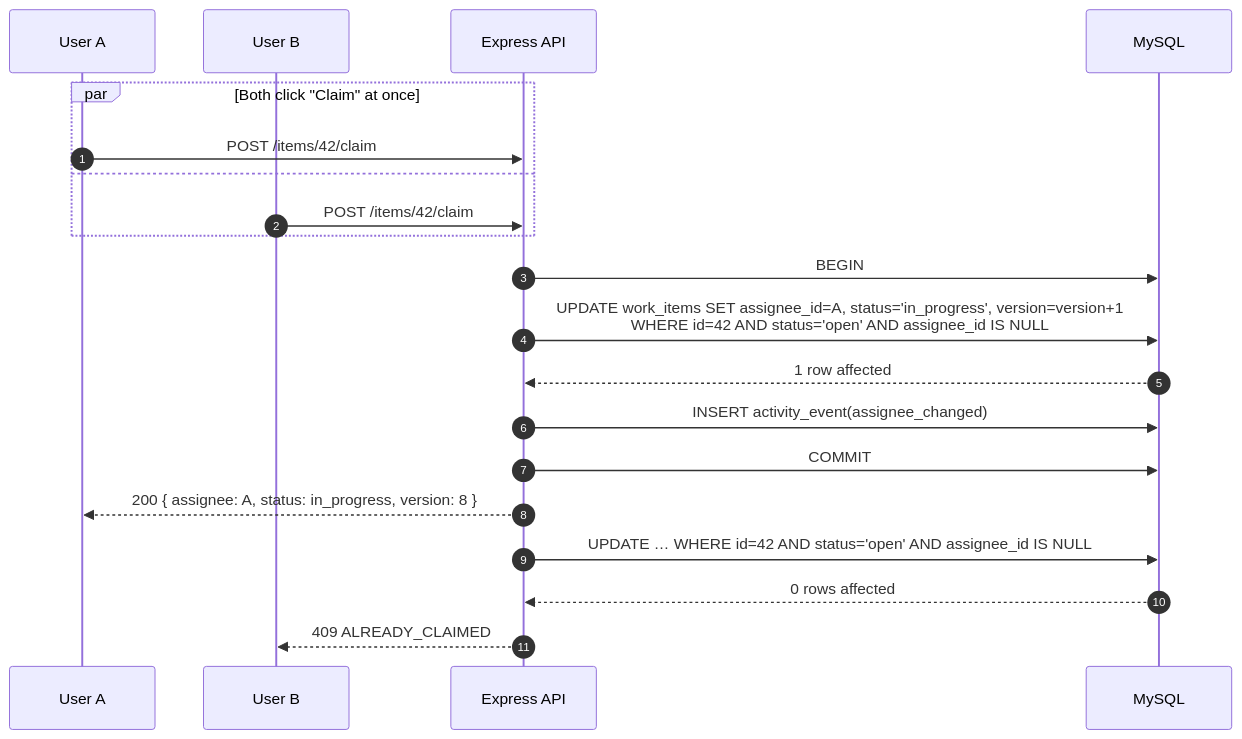
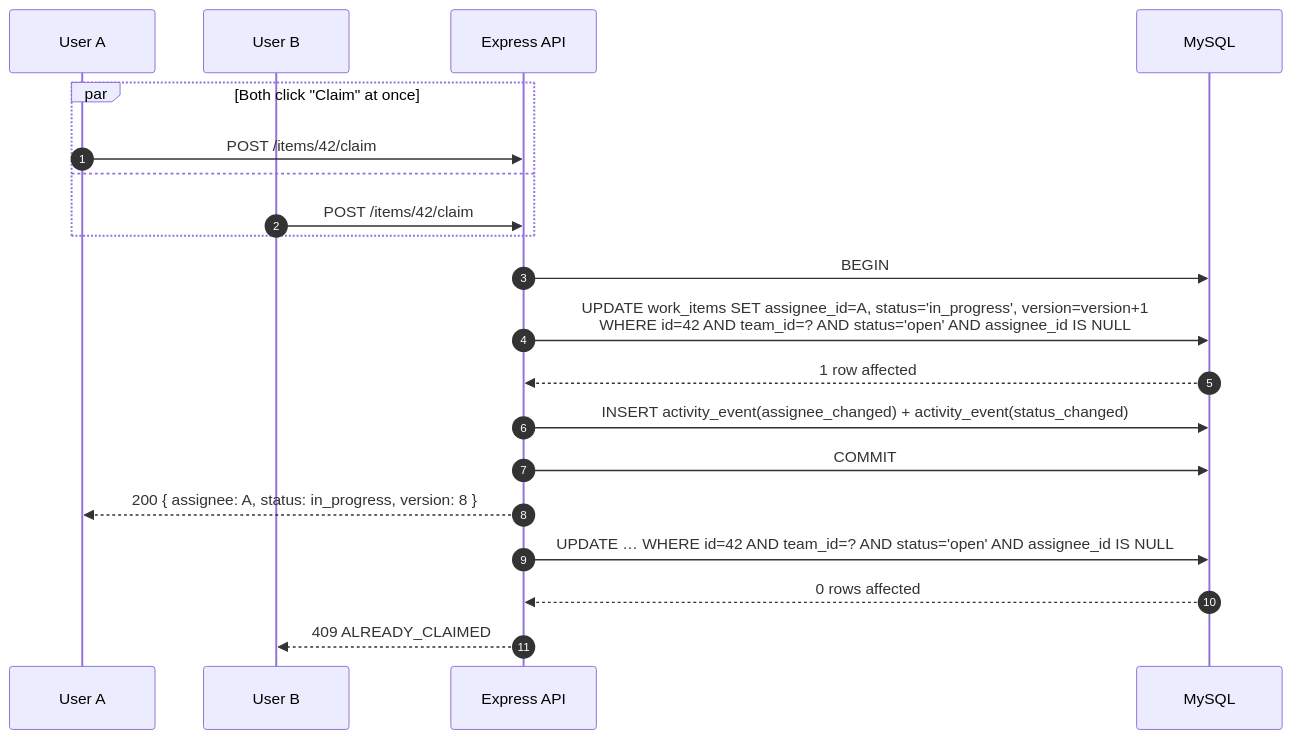
Before and after one commit to tabishraza302/newtoninte-ops: the third of 9 diagrams in docs/architecture.md, drawn with Mermaid. The commit also changed other lines of this file and 1 other file, not shown here.

First line of the commit message:
docs: verification pass — fix authed-redemption email check + diagram drift

````diff
--- a/docs/architecture.md
+++ b/docs/architecture.md
@@ -68,25 +68,25 @@
 ```mermaid
 sequenceDiagram
   autonumber
   participant A as User A
   participant B as User B
   participant API as Express API
   participant DB as MySQL
 
   par Both click "Claim" at once
     A->>API: POST /items/42/claim
   and
     B->>API: POST /items/42/claim
   end
 
   API->>DB: BEGIN
-  API->>DB: UPDATE work_items SET assignee_id=A, status='in_progress', version=version+1<br/>WHERE id=42 AND status='open' AND assignee_id IS NULL
+  API->>DB: UPDATE work_items SET assignee_id=A, status='in_progress', version=version+1<br/>WHERE id=42 AND team_id=? AND status='open' AND assignee_id IS NULL
   DB-->>API: 1 row affected
-  API->>DB: INSERT activity_event(assignee_changed)
+  API->>DB: INSERT activity_event(assignee_changed) + activity_event(status_changed)
   API->>DB: COMMIT
   API-->>A: 200 { assignee: A, status: in_progress, version: 8 }
 
-  API->>DB: UPDATE … WHERE id=42 AND status='open' AND assignee_id IS NULL
+  API->>DB: UPDATE … WHERE id=42 AND team_id=? AND status='open' AND assignee_id IS NULL
   DB-->>API: 0 rows affected
   API-->>B: 409 ALREADY_CLAIMED
 ```
````
